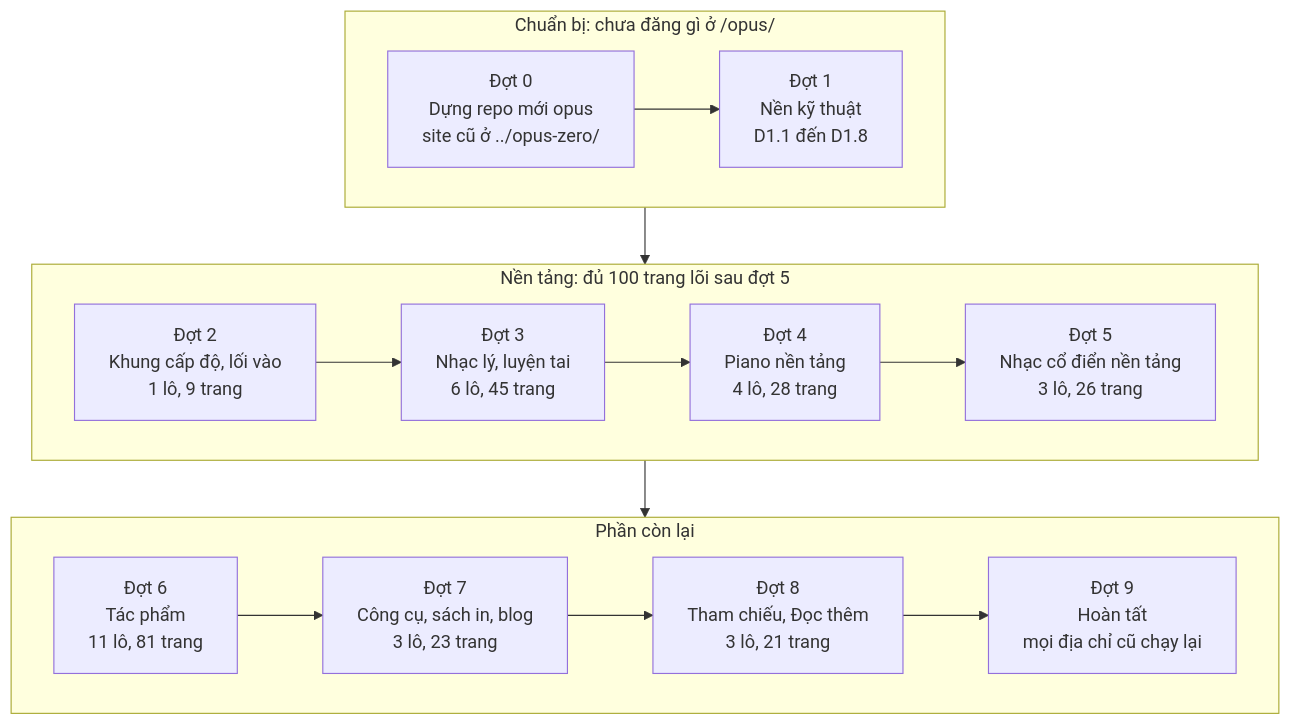
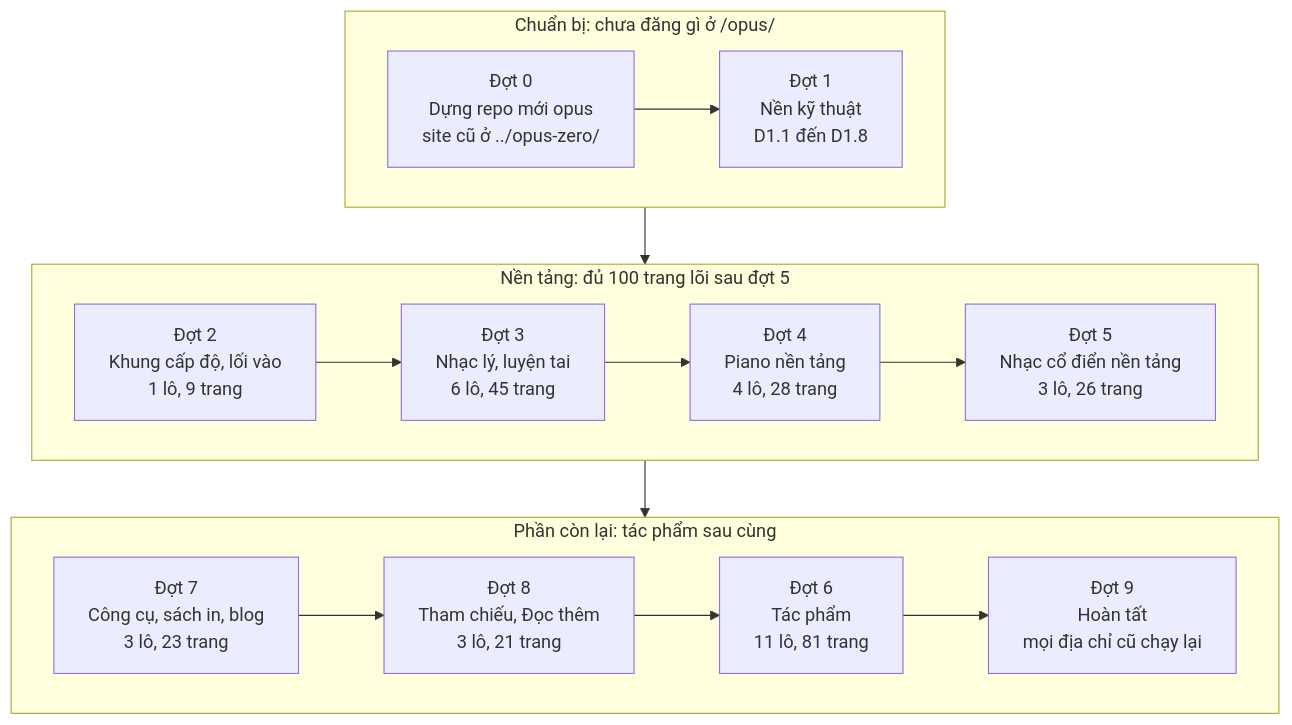
The first of 6 diagrams in plans/lam-lai/so-do.md (mtuann/opus), drawn with Mermaid before and after one commit. The commit also changed other lines of this file and 1 other file, not shown here.

Commit message:
Kế hoạch: tác phẩm làm sau cùng, thứ tự đợt 0–5, 7, 8, 6, 9
Chủ repo chọn ngày 23/10/2026. Số đợt, tên lô, tên nhánh và anh-xa.md giữ
nguyên; bảng Tiến độ xếp theo thứ tự làm, mục Đợt 6 dời xuống sau Đợt 8, sơ đồ
1 của so-do.md vẽ lại. Sách in (đợt 7) chỉ gồm trang đã khóa, hai cuốn có tác
phẩm đủ chương khi đợt 6 xong. Thêm một dòng rủi ro: lâu mới có bài học; nên
để site cũ chạy tới khi đợt 6 xong. Hai trang tác phẩm thử của D1.8 giữ ở đợt 1,
chỉ ở bản xem.

````diff
--- a/plans/lam-lai/so-do.md
+++ b/plans/lam-lai/so-do.md
@@ -7,16 +7,16 @@
 ```mermaid
 flowchart TB
   subgraph G1["Chuẩn bị: chưa đăng gì ở /opus/"]
     direction LR
     D0["Đợt 0<br/>Dựng repo mới opus<br/>site cũ ở ../opus-zero/"] --> D1["Đợt 1<br/>Nền kỹ thuật<br/>D1.1 đến D1.8"]
   end
   subgraph G2["Nền tảng: đủ 100 trang lõi sau đợt 5"]
     direction LR
     D2["Đợt 2<br/>Khung cấp độ, lối vào<br/>1 lô, 9 trang"] --> D3["Đợt 3<br/>Nhạc lý, luyện tai<br/>6 lô, 45 trang"] --> D4["Đợt 4<br/>Piano nền tảng<br/>4 lô, 28 trang"] --> D5["Đợt 5<br/>Nhạc cổ điển nền tảng<br/>3 lô, 26 trang"]
   end
-  subgraph G3["Phần còn lại"]
+  subgraph G3["Phần còn lại: tác phẩm sau cùng"]
     direction LR
-    D6["Đợt 6<br/>Tác phẩm<br/>11 lô, 81 trang"] --> D7["Đợt 7<br/>Công cụ, sách in, blog<br/>3 lô, 23 trang"] --> D8["Đợt 8<br/>Tham chiếu, Đọc thêm<br/>3 lô, 21 trang"] --> D9["Đợt 9<br/>Hoàn tất<br/>mọi địa chỉ cũ chạy lại"]
+    D7["Đợt 7<br/>Công cụ, sách in, blog<br/>3 lô, 23 trang"] --> D8["Đợt 8<br/>Tham chiếu, Đọc thêm<br/>3 lô, 21 trang"] --> D6["Đợt 6<br/>Tác phẩm<br/>11 lô, 81 trang"] --> D9["Đợt 9<br/>Hoàn tất<br/>mọi địa chỉ cũ chạy lại"]
   end
   G1 --> G2 --> G3
 ```
````
